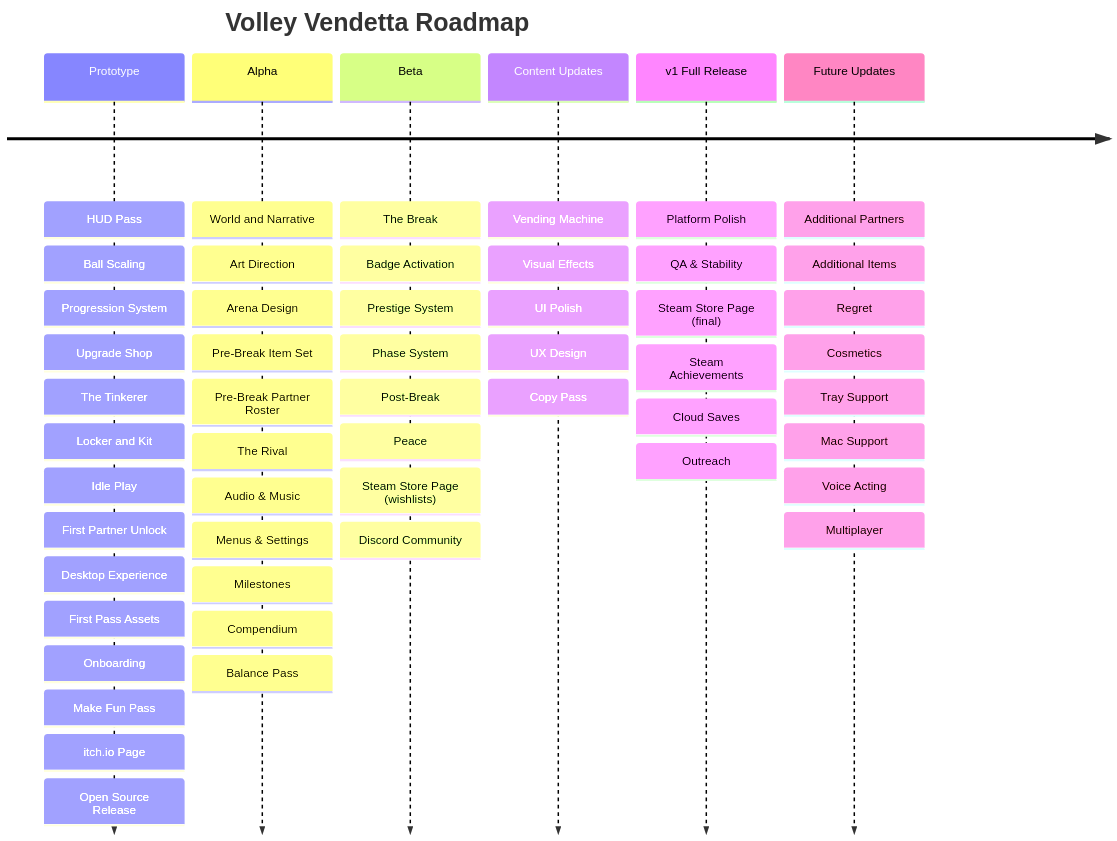
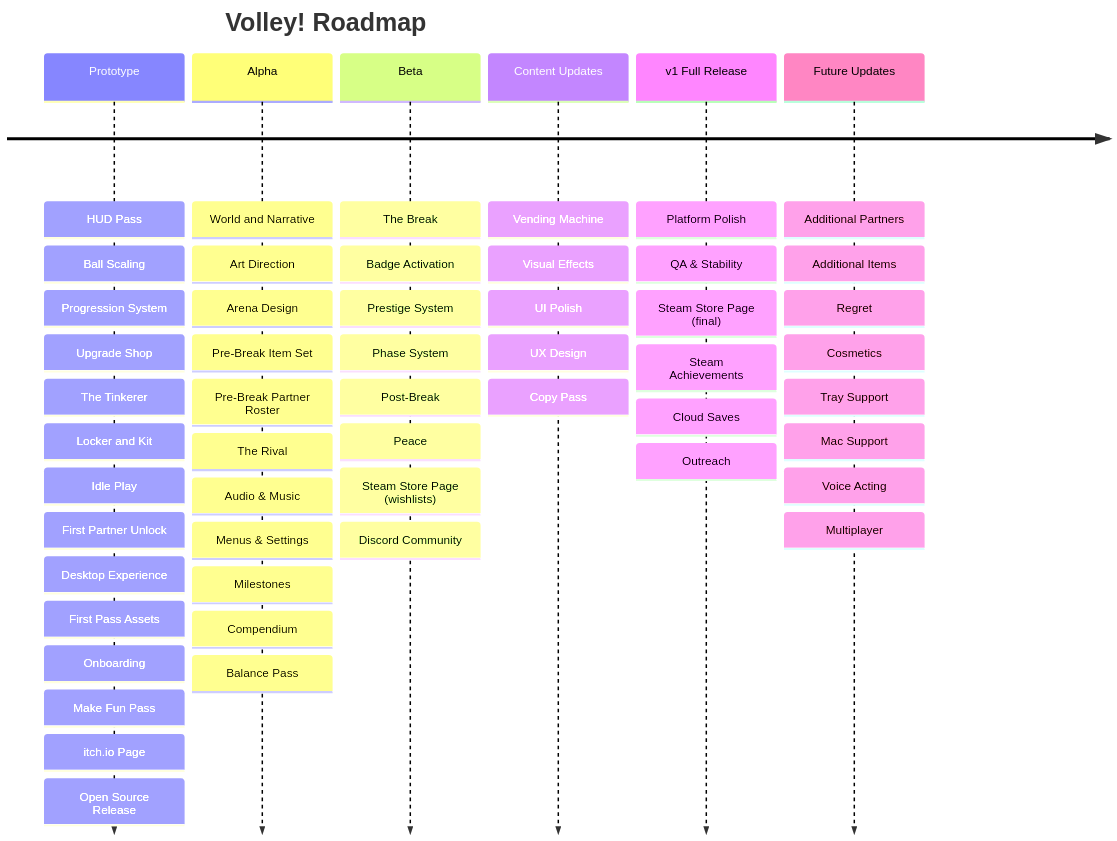
One commit to J-Melon/volley-vendetta changed the diagram in designs/roadmap.md. Above: the diagram before and after it, drawn with Mermaid. The commit also changed other lines of this file and 10 other files, not shown here.

````diff
--- a/designs/roadmap.md
+++ b/designs/roadmap.md
@@ -3,68 +3,68 @@
 ```mermaid
 timeline
-    title Volley Vendetta Roadmap
+    title Volley! Roadmap
 
     Prototype
         : HUD Pass
         : Ball Scaling
         : Progression System
         : Upgrade Shop
         : The Tinkerer
         : Locker and Kit
         : Idle Play
         : First Partner Unlock
         : Desktop Experience
         : First Pass Assets
         : Onboarding
         : Make Fun Pass
         : itch.io Page
         : Open Source Release
 
     Alpha
         : World and Narrative
         : Art Direction
         : Arena Design
         : Pre-Break Item Set
         : Pre-Break Partner Roster
         : The Rival
         : Audio & Music
         : Menus & Settings
         : Milestones
         : Compendium
         : Balance Pass
 
     Beta
         : The Break
         : Badge Activation
         : Prestige System
         : Phase System
         : Post-Break
         : Peace
         : Steam Store Page (wishlists)
         : Discord Community
 
     Content Updates
         : Vending Machine
         : Visual Effects
         : UI Polish
         : UX Design
         : Copy Pass
 
     v1 Full Release
         : Platform Polish
         : QA & Stability
         : Steam Store Page (final)
         : Steam Achievements
         : Cloud Saves
         : Outreach
 
     Future Updates
         : Additional Partners
         : Additional Items
         : Regret
         : Cosmetics
         : Tray Support
         : Mac Support
         : Voice Acting
         : Multiplayer
 ```
````
